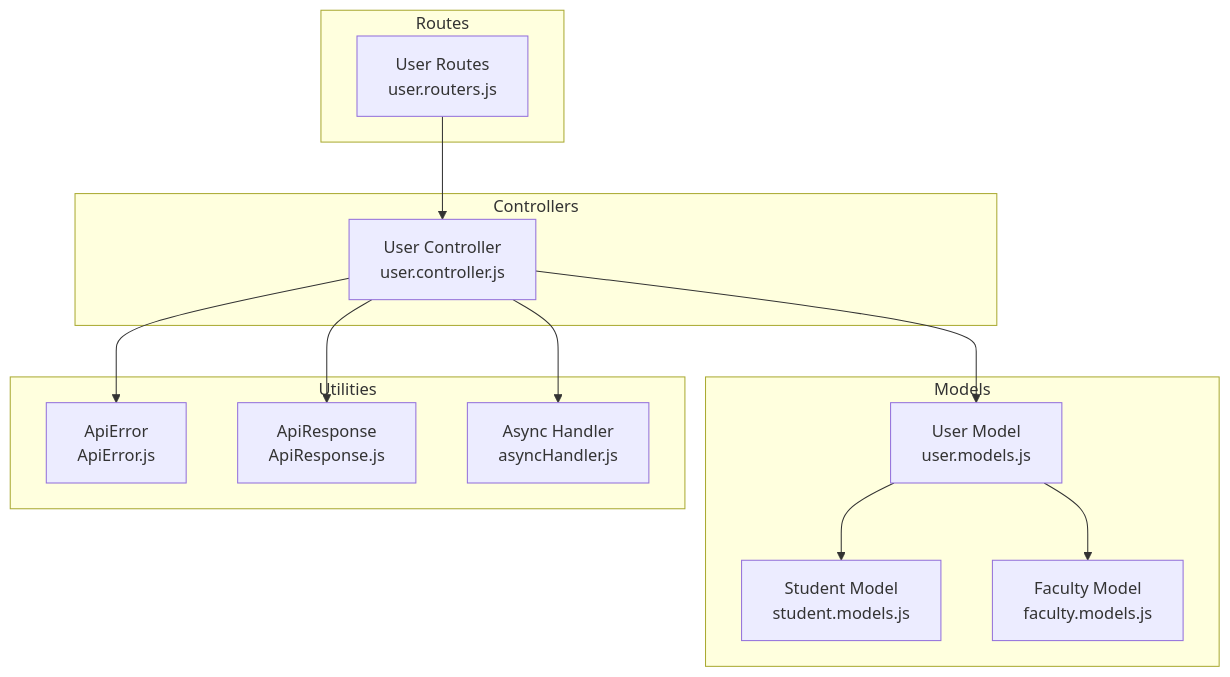
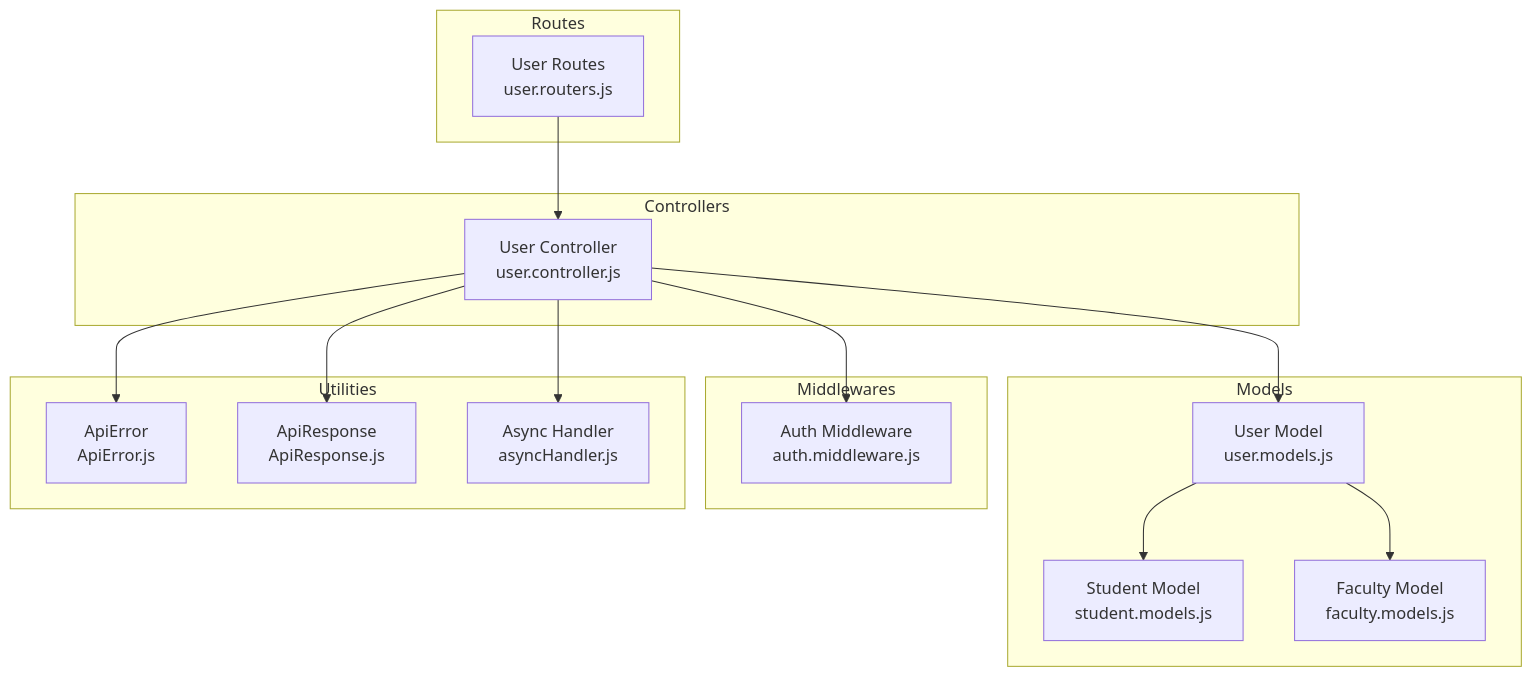
Before and after one commit to Aryan9060/Timetable-Project: the first of 9 diagrams in .qoder/repowiki/en/content/Data Models & Database Schema/Core User Model.md, drawn with Mermaid. The commit also changed other lines of this file and 8 other files, not shown here.

````diff
--- a/.qoder/repowiki/en/content/Data Models & Database Schema/Core User Model.md
+++ b/.qoder/repowiki/en/content/Data Models & Database Schema/Core User Model.md
@@ -41,26 +42,30 @@
 ```mermaid
 graph TB
 subgraph "Models"
 UM["User Model<br/>user.models.js"]
 SM["Student Model<br/>student.models.js"]
 FM["Faculty Model<br/>faculty.models.js"]
 end
 subgraph "Controllers"
 UC["User Controller<br/>user.controller.js"]
 end
 subgraph "Routes"
 UR["User Routes<br/>user.routers.js"]
 end
+subgraph "Middlewares"
+AM["Auth Middleware<br/>auth.middleware.js"]
+end
 subgraph "Utilities"
 AE["ApiError<br/>ApiError.js"]
 AR["ApiResponse<br/>ApiResponse.js"]
 AH["Async Handler<br/>asyncHandler.js"]
 end
 UR --> UC
 UC --> UM
 UM --> SM
 UM --> FM
+UC --> AM
 UC --> AE
 UC --> AR
 UC --> AH
 ```
````
